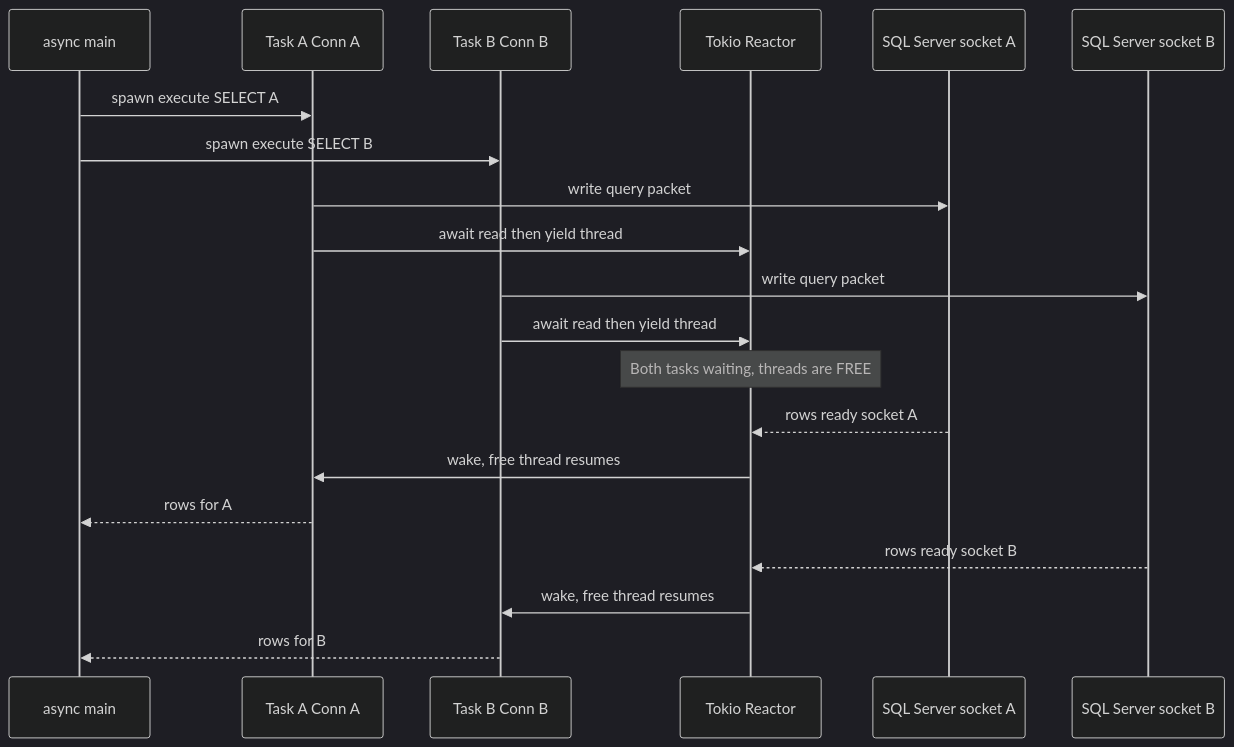
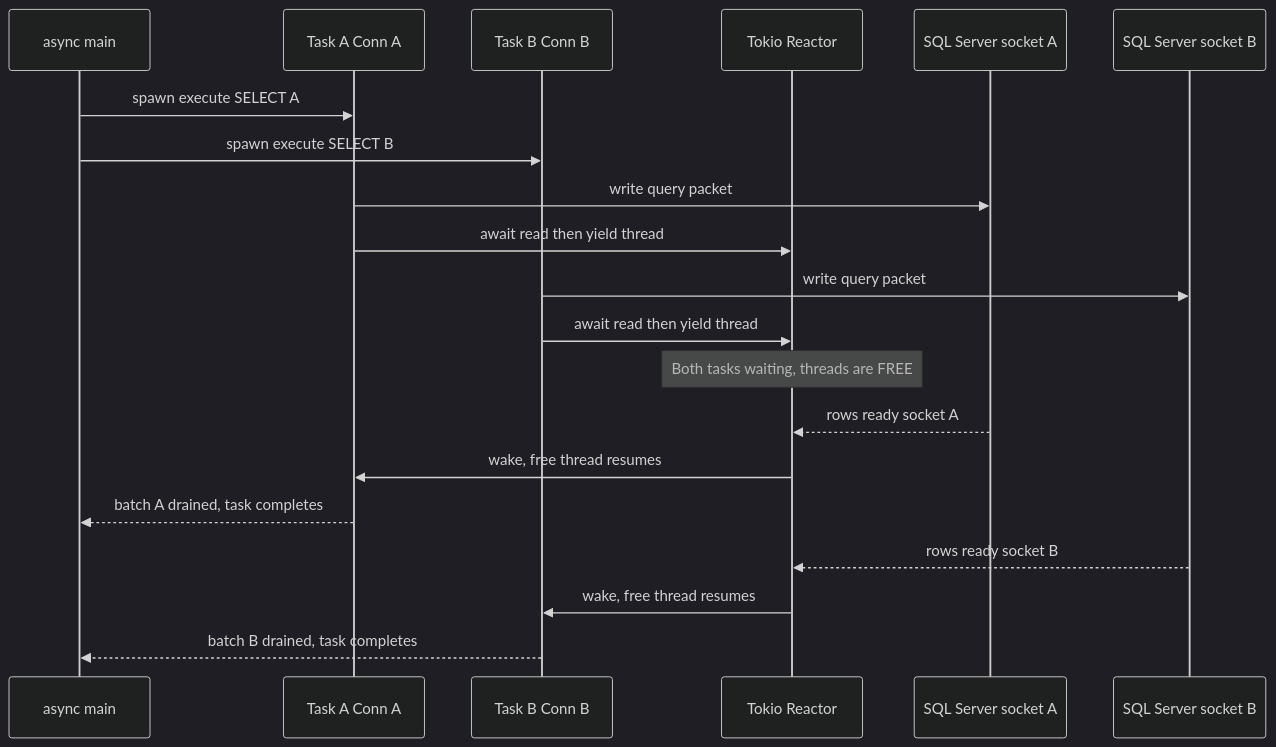
One commit to microsoft/mssql-rs changed diagram 15 of 16 in docs/async-execution-design.md. Above: the diagram before and after it, drawn with Mermaid (dark theme). The commit also changed other lines of this file and 1 other file, not shown here.

Commit message:
Correct async architecture documentation and API examples

````diff
--- a/docs/async-execution-design.md
+++ b/docs/async-execution-design.md
@@ -781,23 +845,23 @@
 ```mermaid
 sequenceDiagram
     participant App as async main
     participant TA as Task A Conn A
     participant TB as Task B Conn B
     participant Rt as Tokio Reactor
     participant SA as SQL Server socket A
     participant SB as SQL Server socket B
 
     App->>TA: spawn execute SELECT A
     App->>TB: spawn execute SELECT B
     TA->>SA: write query packet
     TA->>Rt: await read then yield thread
     TB->>SB: write query packet
     TB->>Rt: await read then yield thread
     Note over Rt: Both tasks waiting, threads are FREE
     SA-->>Rt: rows ready socket A
     Rt->>TA: wake, free thread resumes
-    TA-->>App: rows for A
+    TA-->>App: batch A drained, task completes
     SB-->>Rt: rows ready socket B
     Rt->>TB: wake, free thread resumes
-    TB-->>App: rows for B
+    TB-->>App: batch B drained, task completes
 ```
````
